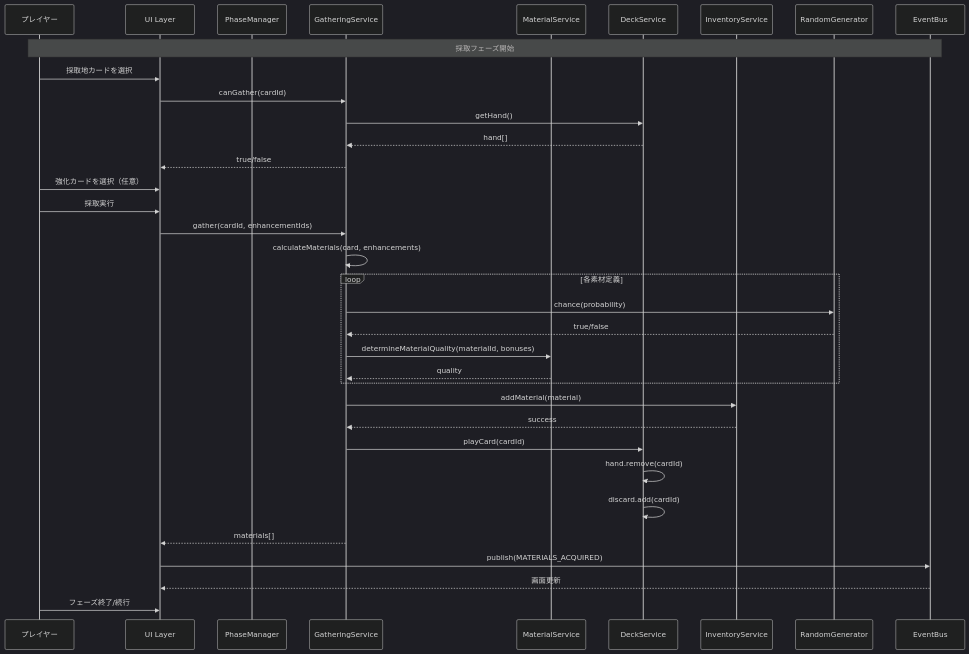
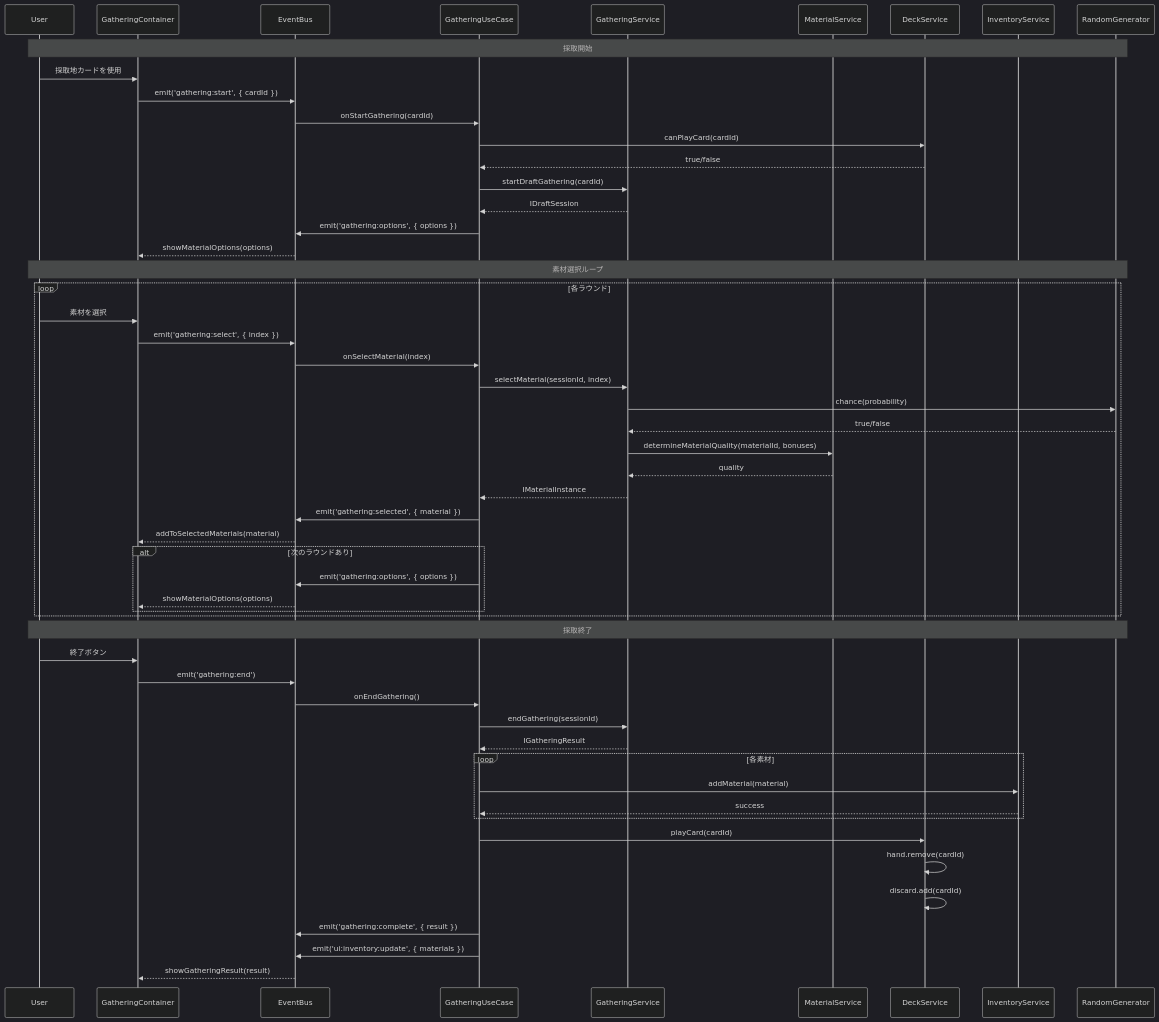
Before and after one commit to yaguma/atelier: the sixth of 32 diagrams in docs/design/atelier-guild-rank/dataflow.md, drawn with Mermaid (dark theme). The commit also changed other lines of this file and 7 other files, not shown here.

````diff
--- a/docs/design/atelier-guild-rank/dataflow.md
+++ b/docs/design/atelier-guild-rank/dataflow.md
@@ -119,46 +197,68 @@
 ```mermaid
 sequenceDiagram
-    participant Player as プレイヤー
-    participant UI as UI Layer
-    participant PM as PhaseManager
+    participant U as User
+    participant GC as GatheringContainer
+    participant EB as EventBus
+    participant GUC as GatheringUseCase
     participant GS as GatheringService
     participant MS as MaterialService
     participant DS as DeckService
     participant IS as InventoryService
     participant RG as RandomGenerator
-    participant EB as EventBus
 
-    Note over Player,EB: 採取フェーズ開始
+    Note over U,RG: 採取開始
+    U->>GC: 採取地カードを使用
+    GC->>EB: emit('gathering:start', { cardId })
 
-    Player->>UI: 採取地カードを選択
-    UI->>GS: canGather(cardId)
-    GS->>DS: getHand()
-    DS-->>GS: hand[]
-    GS-->>UI: true/false
+    EB->>GUC: onStartGathering(cardId)
+    GUC->>DS: canPlayCard(cardId)
+    DS-->>GUC: true/false
+    GUC->>GS: startDraftGathering(cardId)
+    GS-->>GUC: IDraftSession
 
-    Player->>UI: 強化カードを選択（任意）
-    Player->>UI: 採取実行
+    GUC->>EB: emit('gathering:options', { options })
+    EB-->>GC: showMaterialOptions(options)
 
-    UI->>GS: gather(cardId, enhancementIds)
+    Note over U,RG: 素材選択ループ
+    loop 各ラウンド
+        U->>GC: 素材を選択
+        GC->>EB: emit('gathering:select', { index })
 
-    GS->>GS: calculateMaterials(card, enhancements)
-    loop 各素材定義
+        EB->>GUC: onSelectMaterial(index)
+        GUC->>GS: selectMaterial(sessionId, index)
         GS->>RG: chance(probability)
         RG-->>GS: true/false
         GS->>MS: determineMaterialQuality(materialId, bonuses)
         MS-->>GS: quality
+        GS-->>GUC: IMaterialInstance
+
+        GUC->>EB: emit('gathering:selected', { material })
+        EB-->>GC: addToSelectedMaterials(material)
+
+        alt 次のラウンドあり
+            GUC->>EB: emit('gathering:options', { options })
+            EB-->>GC: showMaterialOptions(options)
+        end
     end
 
-    GS->>IS: addMaterial(material)
-    IS-->>GS: success
+    Note over U,RG: 採取終了
+    U->>GC: 終了ボタン
+    GC->>EB: emit('gathering:end')
 
-    GS->>DS: playCard(cardId)
+    EB->>GUC: onEndGathering()
+    GUC->>GS: endGathering(sessionId)
+    GS-->>GUC: IGatheringResult
+
+    loop 各素材
+        GUC->>IS: addMaterial(material)
+        IS-->>GUC: success
+    end
+
+    GUC->>DS: playCard(cardId)
     DS->>DS: hand.remove(cardId)
     DS->>DS: discard.add(cardId)
 
-    GS-->>UI: materials[]
-    UI->>EB: publish(MATERIALS_ACQUIRED)
-    EB-->>UI: 画面更新
-
-    Player->>UI: フェーズ終了/続行
+    GUC->>EB: emit('gathering:complete', { result })
+    GUC->>EB: emit('ui:inventory:update', { materials })
+    EB-->>GC: showGatheringResult(result)
 ```
````
